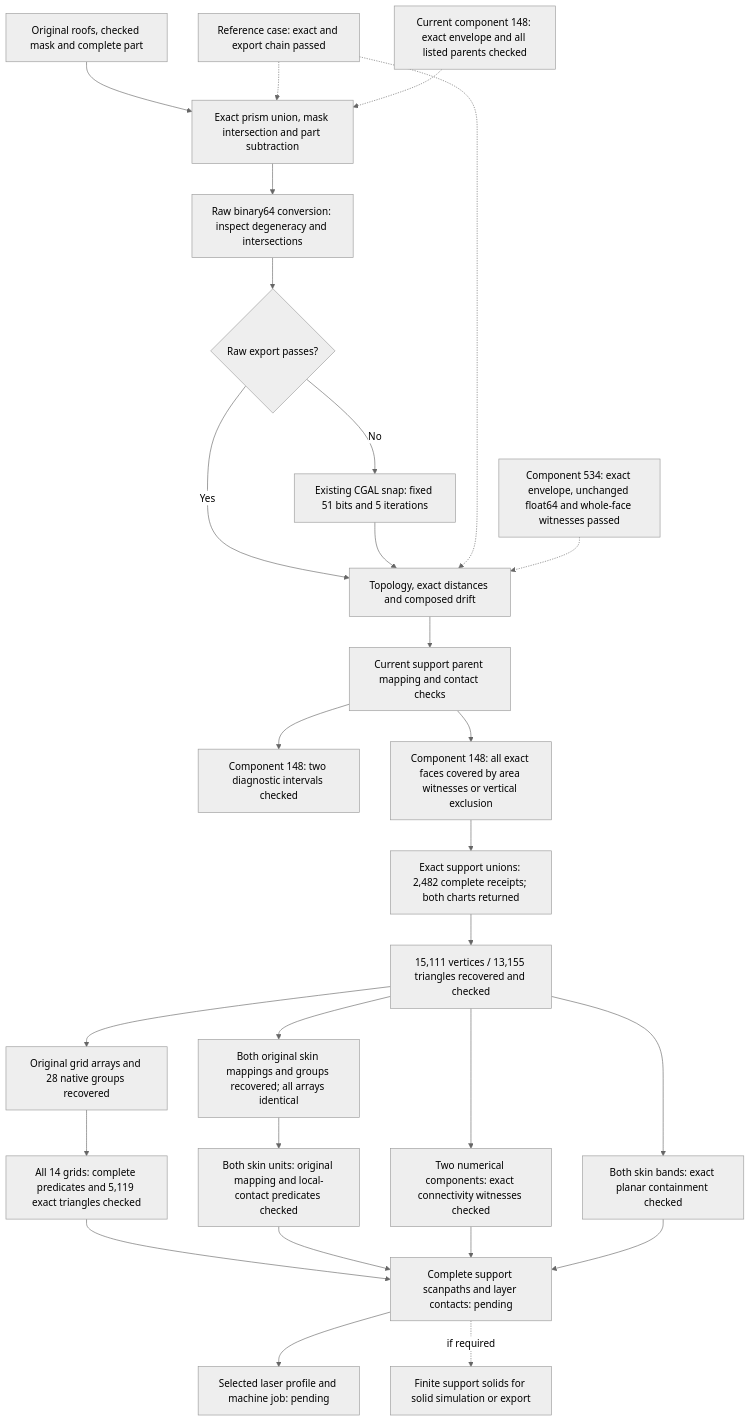
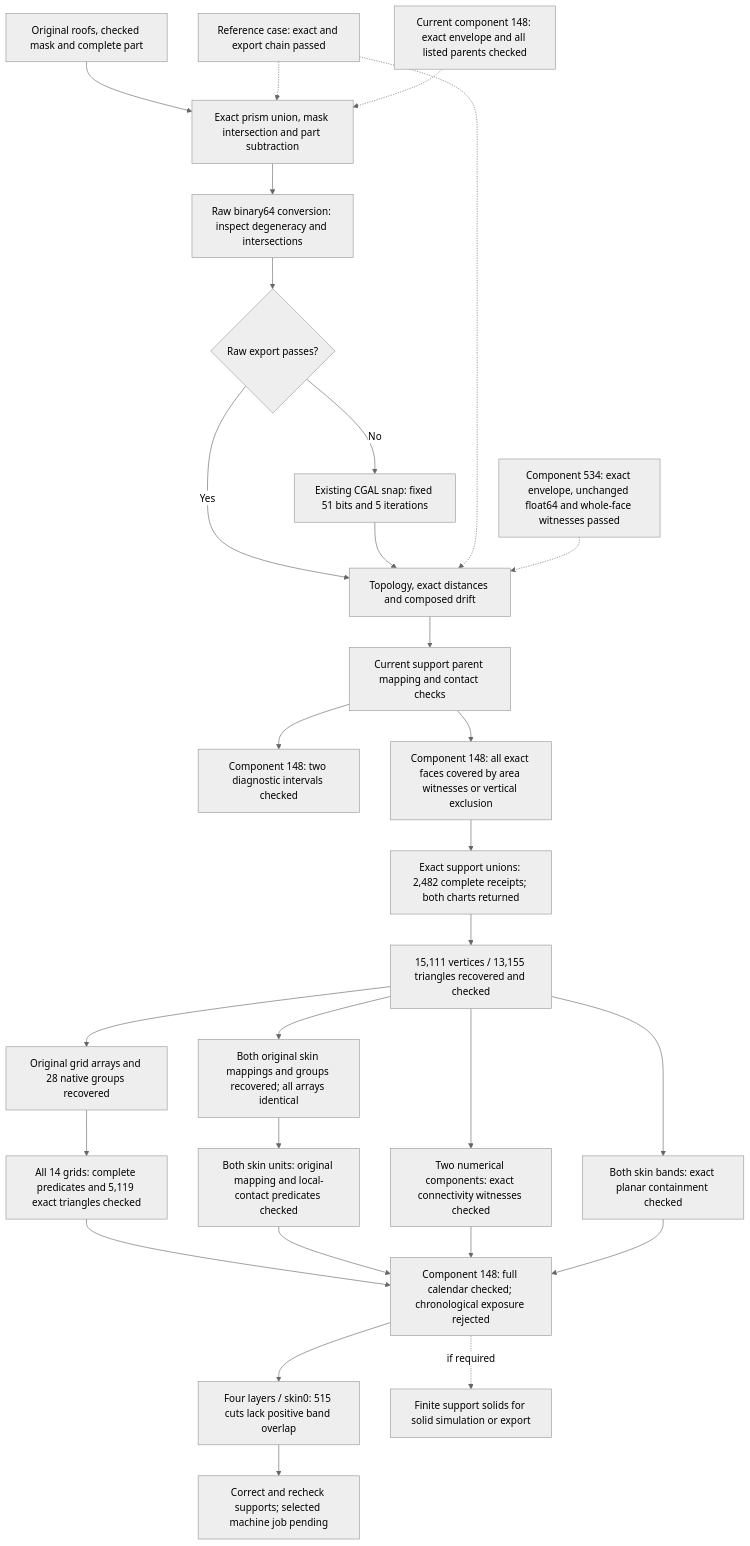
The diagram in docs/reports/carrier-current-support-projection-20261107.md (cluster2600/porscheparts), drawn with Mermaid (neutral theme) before and after one commit. The commit also changed other lines of this file and 15 other files, not shown here.

````diff
--- a/docs/reports/carrier-current-support-projection-20261107.md
+++ b/docs/reports/carrier-current-support-projection-20261107.md
@@ -727,30 +755,31 @@
 ```mermaid
 flowchart TB
     INPUT["Original roofs, checked mask and complete part"] --> EXACT["Exact prism union, mask intersection and part subtraction"]
     EXACT --> RAW["Raw binary64 conversion: inspect degeneracy and intersections"]
     RAW --> EXPORT{"Raw export passes?"}
     EXPORT -->|"No"| SNAP["Existing CGAL snap: fixed 51 bits and 5 iterations"]
     EXPORT -->|"Yes"| CHECK
     SNAP --> CHECK["Topology, exact distances and composed drift"]
     CHECK --> CONTACT["Current support parent mapping and contact checks"]
     CONTACT --> SECTION["Component 148: two diagnostic intervals checked"]
     CONTACT --> FULL["Component 148: all exact faces covered by area witnesses or vertical exclusion"]
     FULL --> UNIONS["Exact support unions: 2,482 complete receipts; both charts returned"]
     UNIONS --> SHEETS["15,111 vertices / 13,155 triangles recovered and checked"]
     SHEETS --> GRAPH["Two numerical components: exact connectivity witnesses checked"]
     SHEETS --> BAND["Both skin bands: exact planar containment checked"]
     SHEETS --> GRID["Original grid arrays and 28 native groups recovered"]
     SHEETS --> SKINS["Both original skin mappings and groups recovered; all arrays identical"]
     GRID --> UNITS["All 14 grids: complete predicates and 5,119 exact triangles checked"]
     UNITS --> MATERIAL
     SKINS --> SKINUNITS["Both skin units: original mapping and local-contact predicates checked"]
     SKINUNITS --> MATERIAL
-    GRAPH --> MATERIAL["Complete support scanpaths and layer contacts: pending"]
+    GRAPH --> MATERIAL["Component 148: full calendar checked; chronological exposure rejected"]
     BAND --> MATERIAL
-    MATERIAL --> JOB["Selected laser profile and machine job: pending"]
+    MATERIAL --> ISLANDS["Four layers / skin0: 515 cuts lack positive band overlap"]
+    ISLANDS --> JOB["Correct and recheck supports; selected machine job pending"]
     MATERIAL -. if required .-> SOLID["Finite support solids for solid simulation or export"]
     CONTROL["Reference case: exact and export chain passed"] -.-> EXACT
     CONTROL -.-> CHECK
     CURRENT["Current component 148: exact envelope and all listed parents checked"] -.-> EXACT
     CURRENT534["Component 534: exact envelope, unchanged float64 and whole-face witnesses passed"] -.-> CHECK
 ```
````
